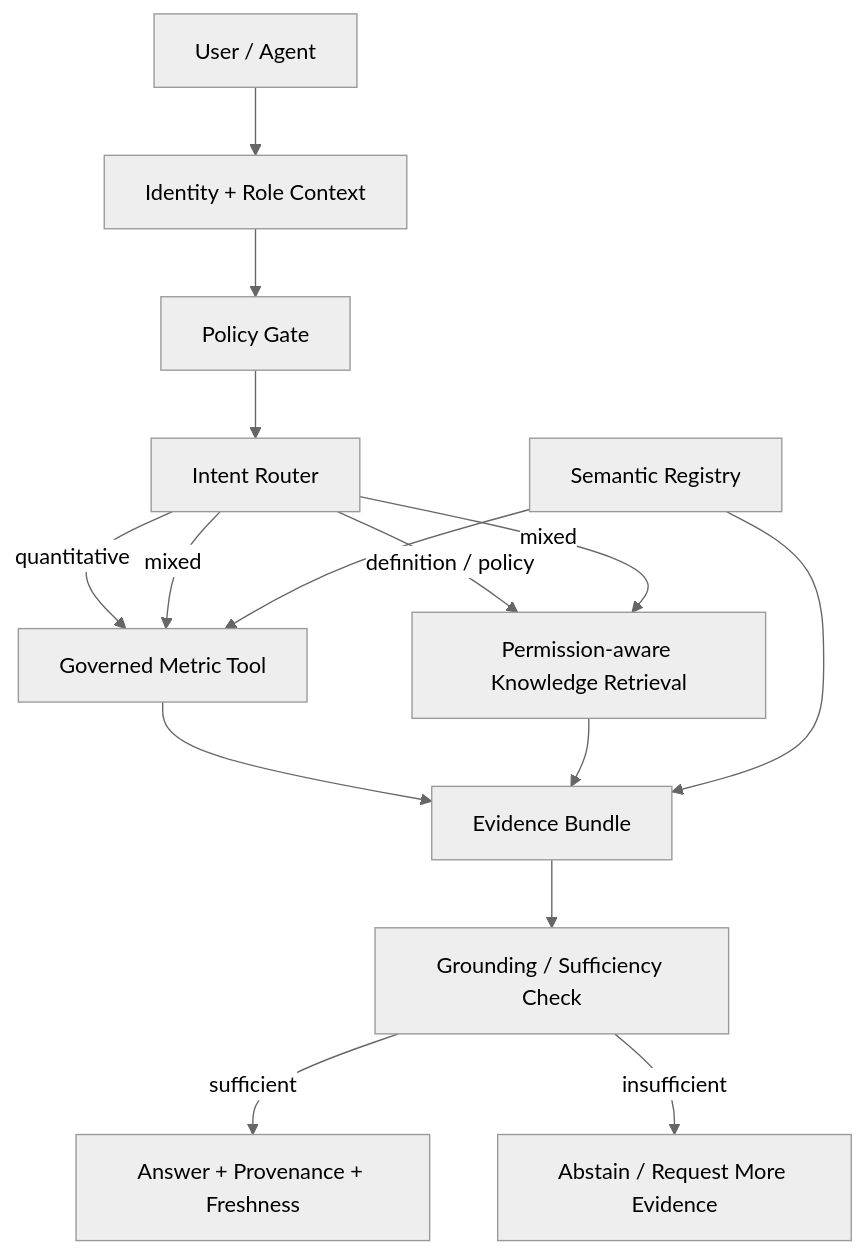
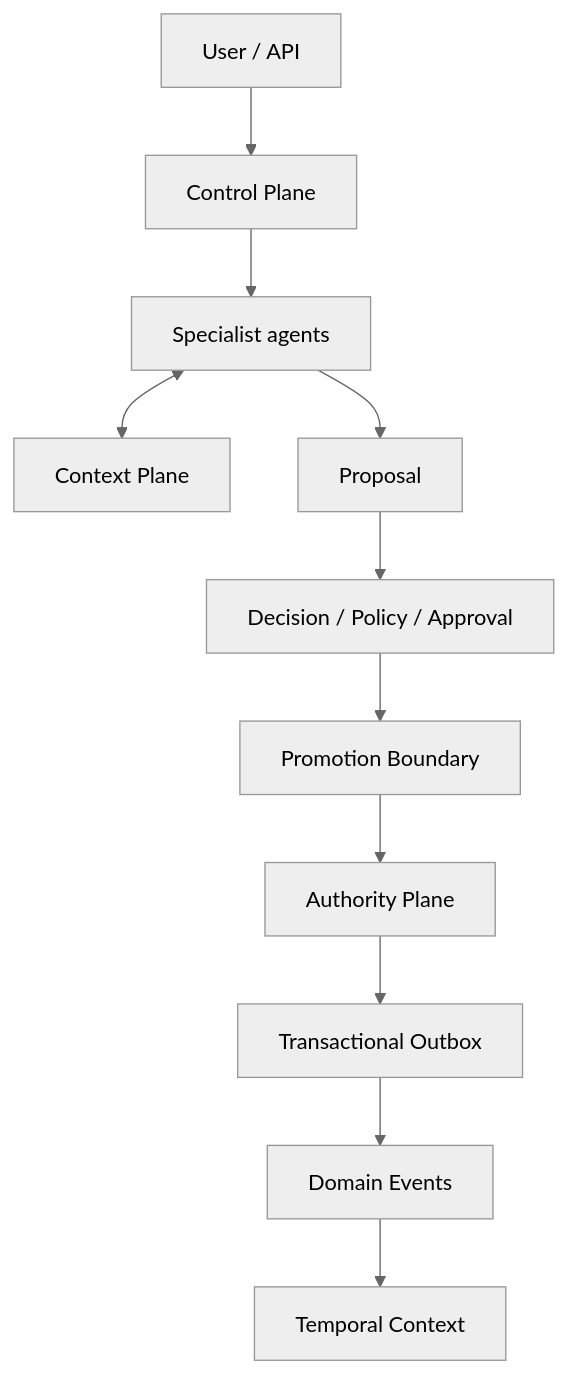
One commit to 1001b/careops-trust-gateway changed the diagram in README.md. Above: the diagram before and after it, drawn with Mermaid (neutral theme). The commit also changed other lines of this file and 2 other files, not shown here.

Commit message:
Document the v0.4 promotion boundary and record the local qualification.

````diff
--- a/README.md
+++ b/README.md
@@ -28,17 +36,13 @@
 ```mermaid
 flowchart TD
-    U[User / Agent] --> I[Identity + Role Context]
-    I --> P[Policy Gate]
-    P --> R[Intent Router]
-    R -->|quantitative| M[Governed Metric Tool]
-    R -->|definition / policy| K[Permission-aware Knowledge Retrieval]
-    R -->|mixed| M
-    R -->|mixed| K
-    M --> E[Evidence Bundle]
-    K --> E
-    S[Semantic Registry] --> M
-    S --> E
-    E --> G[Grounding / Sufficiency Check]
-    G -->|sufficient| A[Answer + Provenance + Freshness]
-    G -->|insufficient| X[Abstain / Request More Evidence]
+    U[User / API] --> C[Control Plane]
+    C --> S[Specialist agents]
+    S <--> X[Context Plane]
+    S --> P[Proposal]
+    P --> D[Decision / Policy / Approval]
+    D --> B[Promotion Boundary]
+    B --> A[Authority Plane]
+    A --> O[Transactional Outbox]
+    O --> E[Domain Events]
+    E --> T[Temporal Context]
 ```
````
